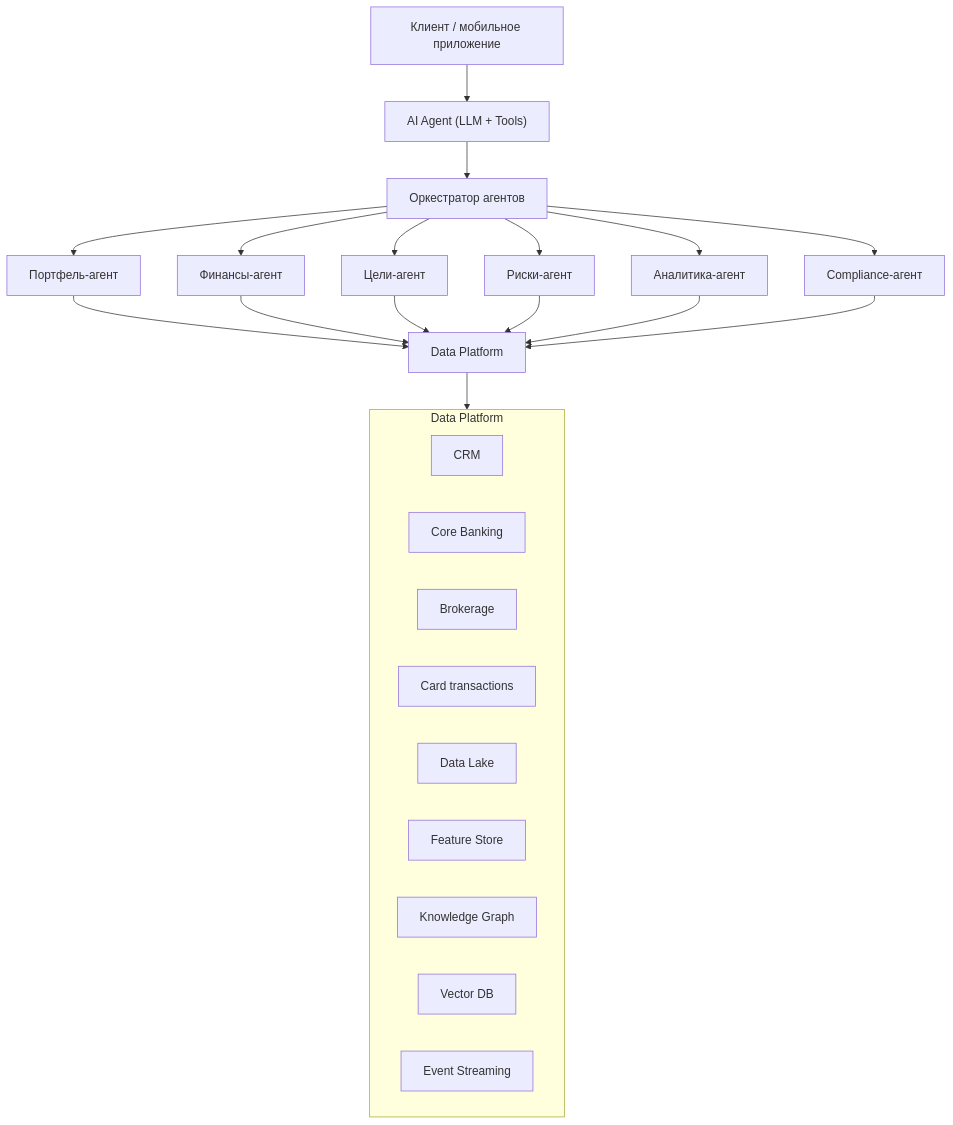
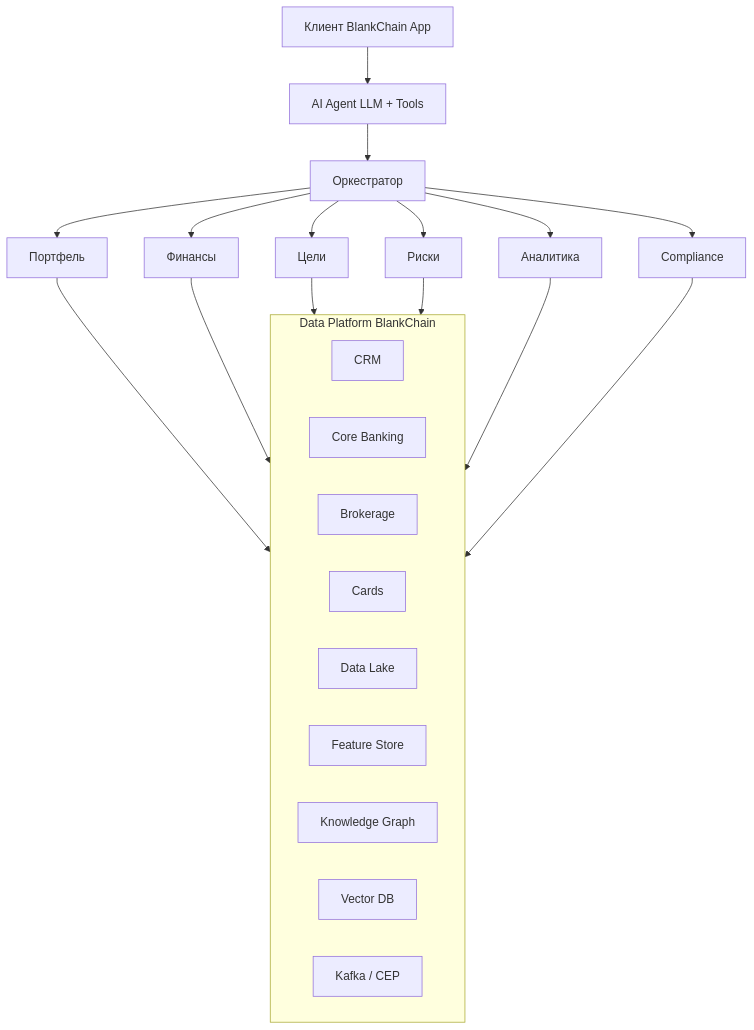
Before and after one commit to evgeniy-borisov/vairl: the first of 2 diagrams in publications/public/2026-07-13-banking-investor-ai-agent-ru.md, drawn with Mermaid. The commit also changed other lines of this file and 3 other files, not shown here.

First line of the commit message:
Переписать часть 1 в стиле Хабра: опыт BlankChain, процесс разработки и синтетика.

````diff
--- a/publications/public/2026-07-13-banking-investor-ai-agent-ru.md
+++ b/publications/public/2026-07-13-banking-investor-ai-agent-ru.md
@@ -94,33 +170,30 @@
 ```mermaid
 flowchart TB
-    Client["Клиент / мобильное приложение"]
-    Agent["AI Agent (LLM + Tools)"]
-    Orch["Оркестратор агентов"]
+    Client["Клиент BlankChain App"]
+    Agent["AI Agent LLM + Tools"]
+    Orch["Оркестратор"]
 
-    Portfolio["Портфель-агент"]
-    Finance["Финансы-агент"]
-    Goals["Цели-агент"]
-    Risk["Риски-агент"]
-    Analytics["Аналитика-агент"]
-    Compliance["Compliance-агент"]
-
-    Data["Data Platform"]
+    Portfolio["Портфель"]
+    Finance["Финансы"]
+    Goals["Цели"]
+    Risk["Риски"]
+    Analytics["Аналитика"]
+    Compliance["Compliance"]
 
     Client --> Agent --> Orch
     Orch --> Portfolio & Finance & Goals & Risk & Analytics & Compliance
-    Portfolio & Finance & Goals & Risk & Analytics & Compliance --> Data
 
-    subgraph DataPlatform ["Data Platform"]
+    subgraph DataPlatform ["Data Platform BlankChain"]
         CRM["CRM"]
         Core["Core Banking"]
         Broker["Brokerage"]
-        Cards["Card transactions"]
+        Cards["Cards"]
         Lake["Data Lake"]
         FS["Feature Store"]
         KG["Knowledge Graph"]
         VDB["Vector DB"]
-        Kafka["Event Streaming"]
+        Kafka["Kafka / CEP"]
     end
 
-    Data --> DataPlatform
+    Portfolio & Finance & Goals & Risk & Analytics & Compliance --> DataPlatform
 ```
````
